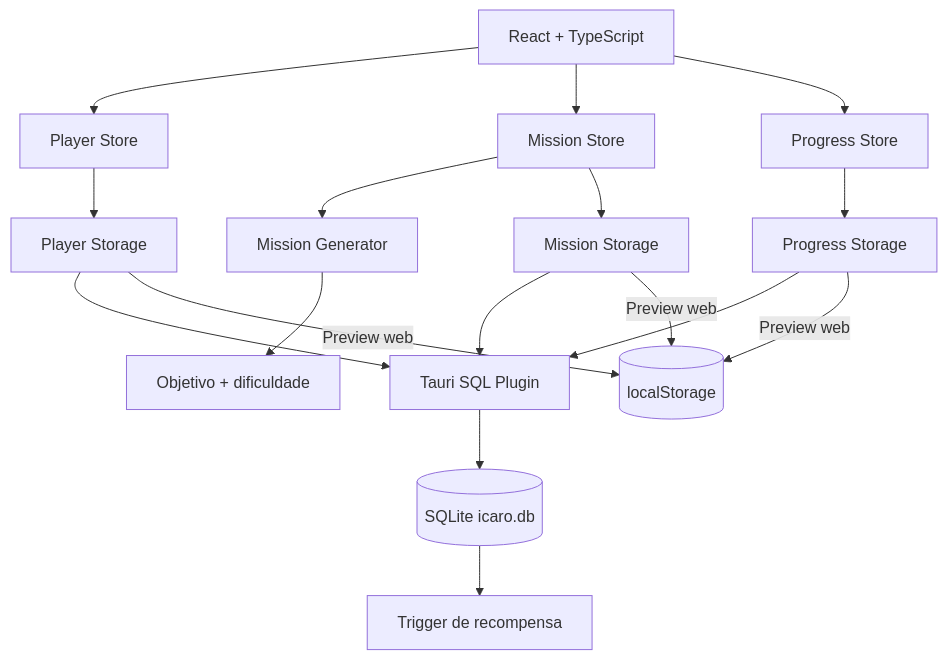
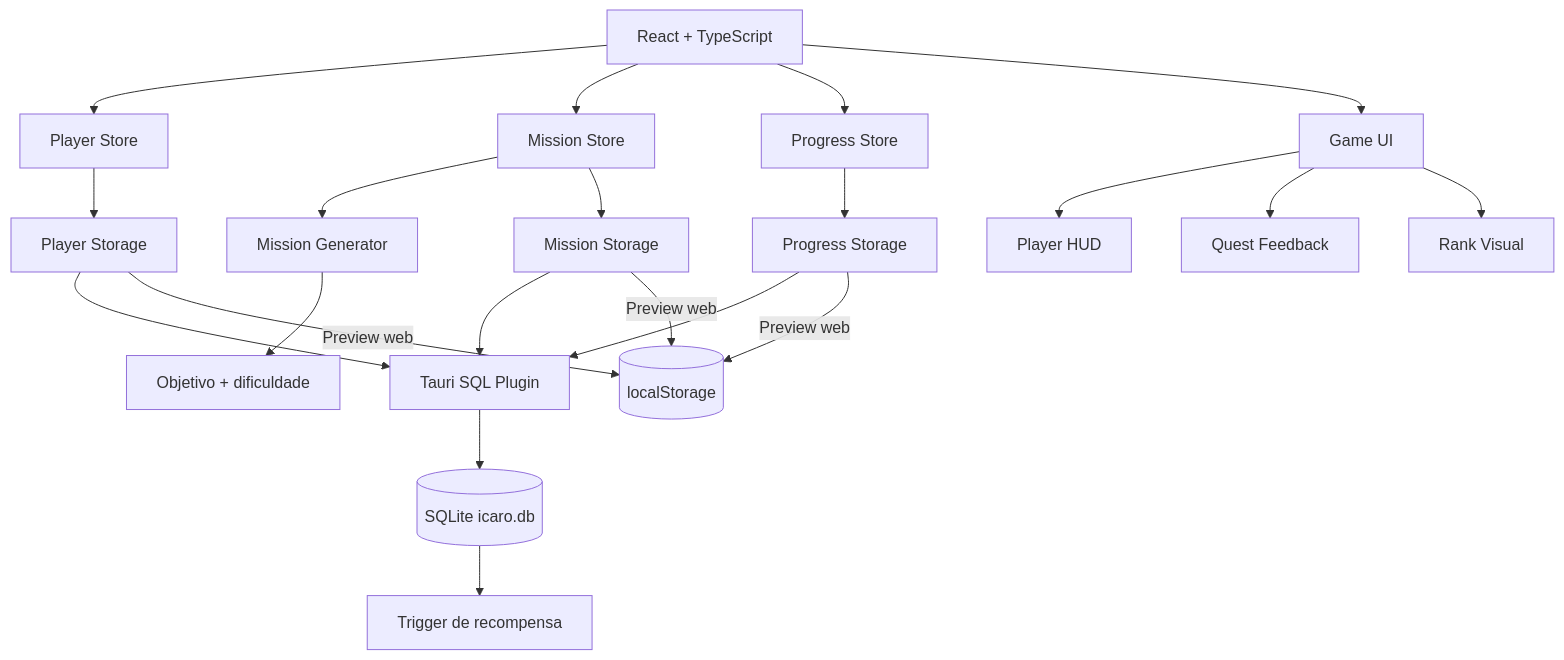
Before and after one commit to tombemol/I.C.A.R.O: the second of 2 diagrams in README.md, drawn with Mermaid. The commit also changed other lines of this file, not shown here.

````diff
--- a/README.md
+++ b/README.md
@@ -59,24 +69,29 @@
 ```mermaid
 flowchart TD
   UI[React + TypeScript] --> PLAYER[Player Store]
   UI --> MISSIONS[Mission Store]
   UI --> PROGRESS[Progress Store]
+  UI --> GAME[Game UI]
+
+  GAME --> HUD[Player HUD]
+  GAME --> QUESTS[Quest Feedback]
+  GAME --> RANKS[Rank Visual]
 
   PLAYER --> PREPO[Player Storage]
   MISSIONS --> GEN[Mission Generator]
   MISSIONS --> MREPO[Mission Storage]
   PROGRESS --> GREPO[Progress Storage]
 
   PREPO --> SQL["Tauri SQL Plugin"]
   MREPO --> SQL
   GREPO --> SQL
 
   SQL --> DB[(SQLite icaro.db)]
   DB --> TRIGGER[Trigger de recompensa]
 
   GEN --> PROFILE[Objetivo + dificuldade]
 
   PREPO -->|Preview web| LS[(localStorage)]
   MREPO -->|Preview web| LS
   GREPO -->|Preview web| LS
 ```
````
